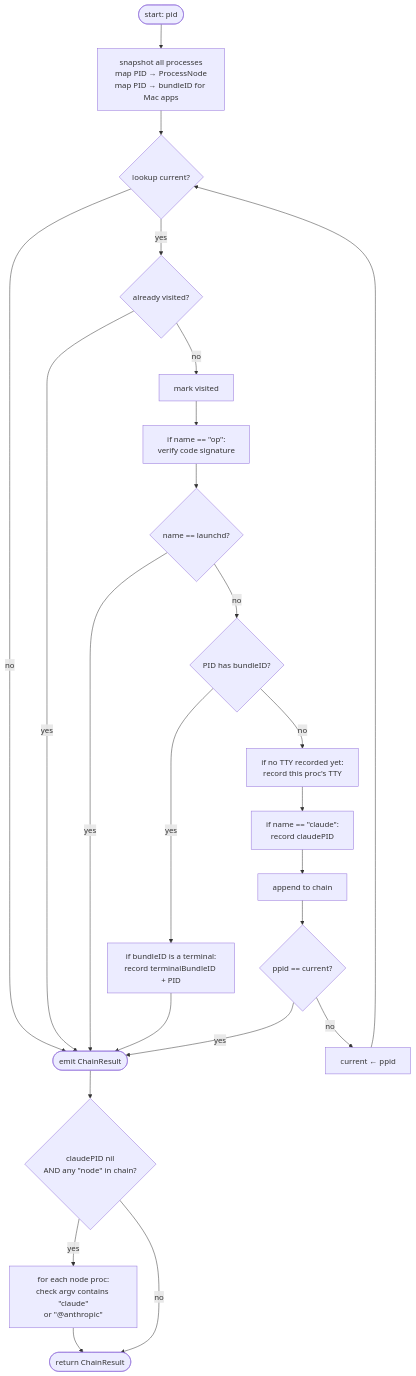
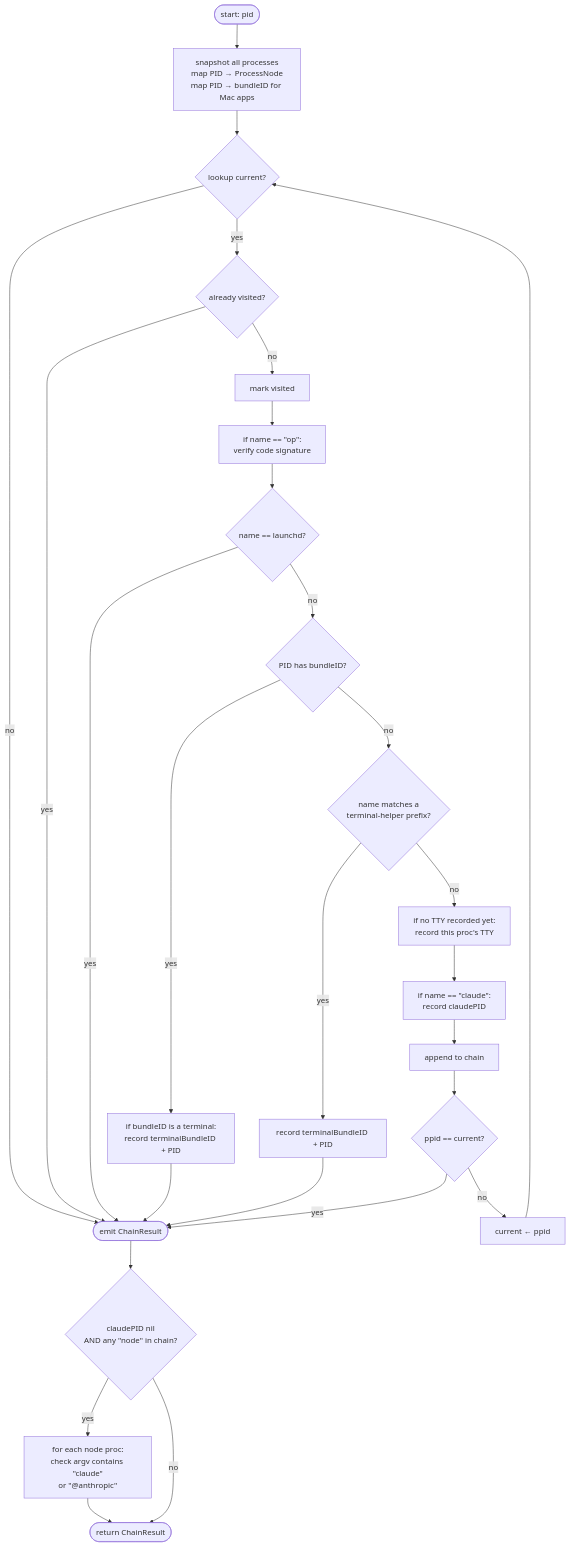
Before and after one commit to stigsb/op-who: the fourth of 4 diagrams in docs/architecture.md, drawn with Mermaid. The commit also changed other lines of this file and 1 other file, not shown here.

````diff
--- a/docs/architecture.md
+++ b/docs/architecture.md
@@ -203,27 +354,30 @@
 ```mermaid
 flowchart TB
     start([start: pid]) --> setup[snapshot all processes<br/>map PID → ProcessNode<br/>map PID → bundleID for Mac apps]
     setup --> loop{lookup current?}
     loop -- no --> done
     loop -- yes --> visited{already visited?}
     visited -- yes --> done
     visited -- no --> mark[mark visited]
     mark --> verify[if name == &quot;op&quot;:<br/>verify code signature]
     verify --> launchd{name == launchd?}
     launchd -- yes --> done([emit ChainResult])
     launchd -- no --> isApp{PID has bundleID?}
     isApp -- yes --> recordTerm[if bundleID is a terminal:<br/>record terminalBundleID + PID]
     recordTerm --> done
-    isApp -- no --> tty[if no TTY recorded yet:<br/>record this proc&apos;s TTY]
+    isApp -- no --> isHelper{name matches a<br/>terminal-helper prefix?}
+    isHelper -- yes --> recordHelper[record terminalBundleID + PID]
+    recordHelper --> done
+    isHelper -- no --> tty[if no TTY recorded yet:<br/>record this proc&apos;s TTY]
     tty --> claude[if name == &quot;claude&quot;:<br/>record claudePID]
     claude --> append[append to chain]
     append --> selfparent{ppid == current?}
     selfparent -- yes --> done
     selfparent -- no --> next[current ← ppid]
     next --> loop
 
     done --> postclaude{claudePID nil<br/>AND any &quot;node&quot; in chain?}
     postclaude -- yes --> nodescan[for each node proc:<br/>check argv contains &quot;claude&quot;<br/>or &quot;@anthropic&quot;]
     nodescan --> result([return ChainResult])
     postclaude -- no --> result
 ```
````
